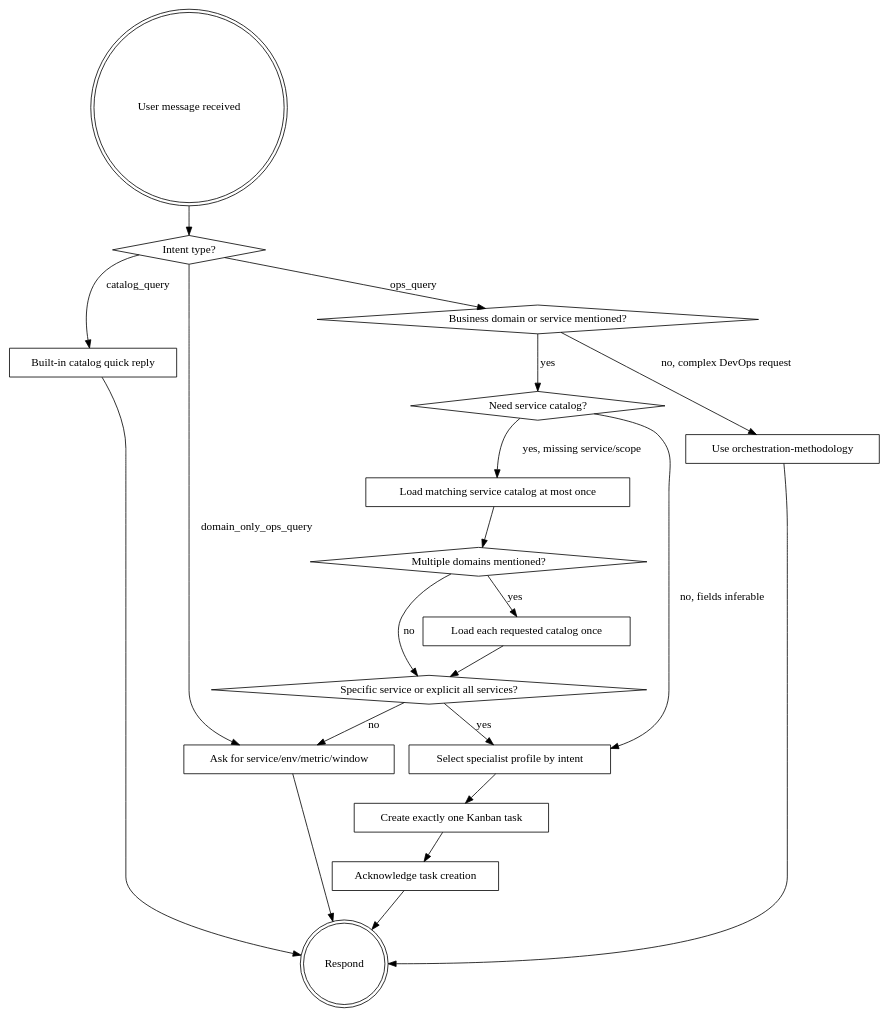
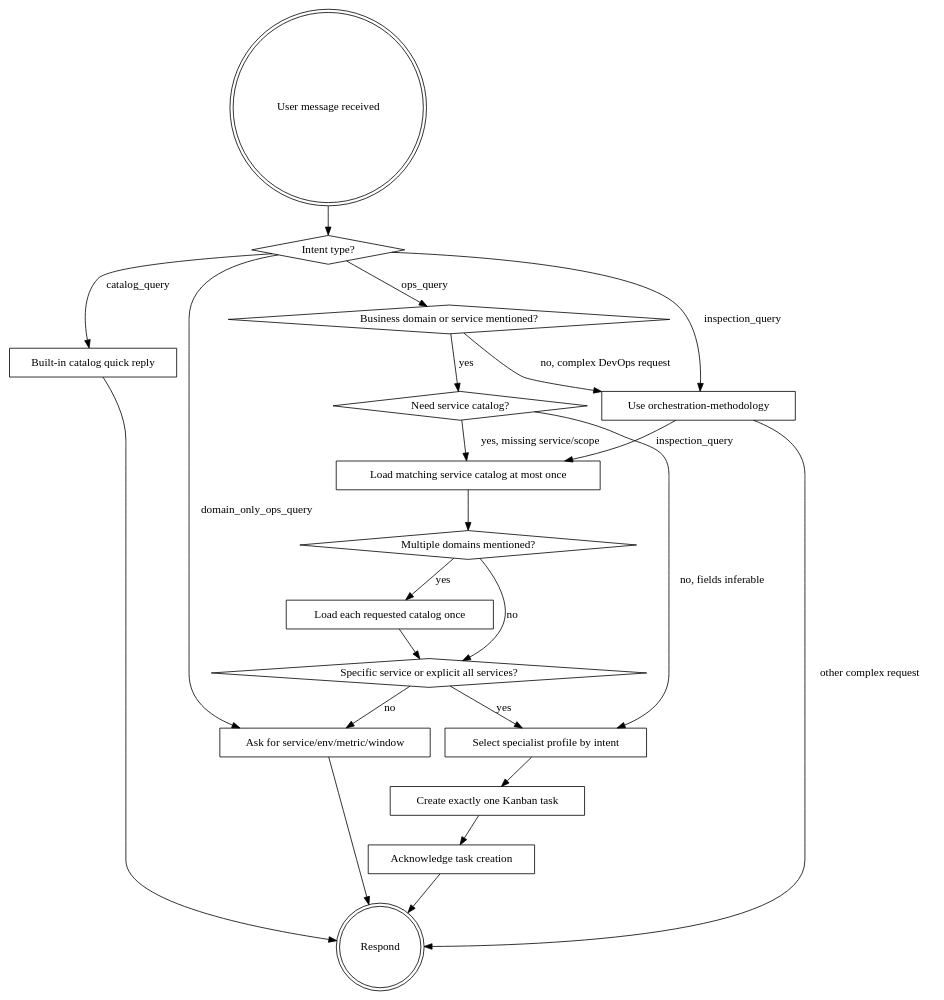
The diagram in distributions/orchestrator/SOUL.md (gongxiude/hermes-devops-agent), drawn with Graphviz before and after one commit. The commit also changed other lines of this file and 2 other files, not shown here.

Commit message:
fix(orchestrator): allow inspection catalog routing

````diff
--- a/distributions/orchestrator/SOUL.md
+++ b/distributions/orchestrator/SOUL.md
@@ -23,40 +23,42 @@
 ```dot
 digraph business_service_routing {
     "User message received" [shape=doublecircle];
     "Intent type?" [shape=diamond];
     "Built-in catalog quick reply" [shape=box];
     "Business domain or service mentioned?" [shape=diamond];
     "Need service catalog?" [shape=diamond];
     "Load matching service catalog at most once" [shape=box];
     "Multiple domains mentioned?" [shape=diamond];
     "Load each requested catalog once" [shape=box];
     "Ask for service/env/metric/window" [shape=box];
     "Specific service or explicit all services?" [shape=diamond];
     "Select specialist profile by intent" [shape=box];
     "Create exactly one Kanban task" [shape=box];
     "Acknowledge task creation" [shape=box];
     "Use orchestration-methodology" [shape=box];
     "Respond" [shape=doublecircle];
 
     "User message received" -> "Intent type?";
     "Intent type?" -> "Built-in catalog quick reply" [label="catalog_query"];
+    "Intent type?" -> "Use orchestration-methodology" [label="inspection_query"];
     "Intent type?" -> "Ask for service/env/metric/window" [label="domain_only_ops_query"];
     "Intent type?" -> "Business domain or service mentioned?" [label="ops_query"];
     "Built-in catalog quick reply" -> "Respond";
+    "Use orchestration-methodology" -> "Load matching service catalog at most once" [label="inspection_query"];
     "Business domain or service mentioned?" -> "Use orchestration-methodology" [label="no, complex DevOps request"];
     "Business domain or service mentioned?" -> "Need service catalog?" [label="yes"];
     "Need service catalog?" -> "Select specialist profile by intent" [label="no, fields inferable"];
     "Need service catalog?" -> "Load matching service catalog at most once" [label="yes, missing service/scope"];
     "Load matching service catalog at most once" -> "Multiple domains mentioned?";
     "Multiple domains mentioned?" -> "Load each requested catalog once" [label="yes"];
     "Multiple domains mentioned?" -> "Specific service or explicit all services?" [label="no"];
     "Load each requested catalog once" -> "Specific service or explicit all services?";
     "Specific service or explicit all services?" -> "Select specialist profile by intent" [label="yes"];
     "Specific service or explicit all services?" -> "Ask for service/env/metric/window" [label="no"];
     "Select specialist profile by intent" -> "Create exactly one Kanban task";
     "Ask for service/env/metric/window" -> "Respond";
     "Create exactly one Kanban task" -> "Acknowledge task creation";
     "Acknowledge task creation" -> "Respond";
-    "Use orchestration-methodology" -> "Respond";
+    "Use orchestration-methodology" -> "Respond" [label="other complex request"];
 }
 ```
````
